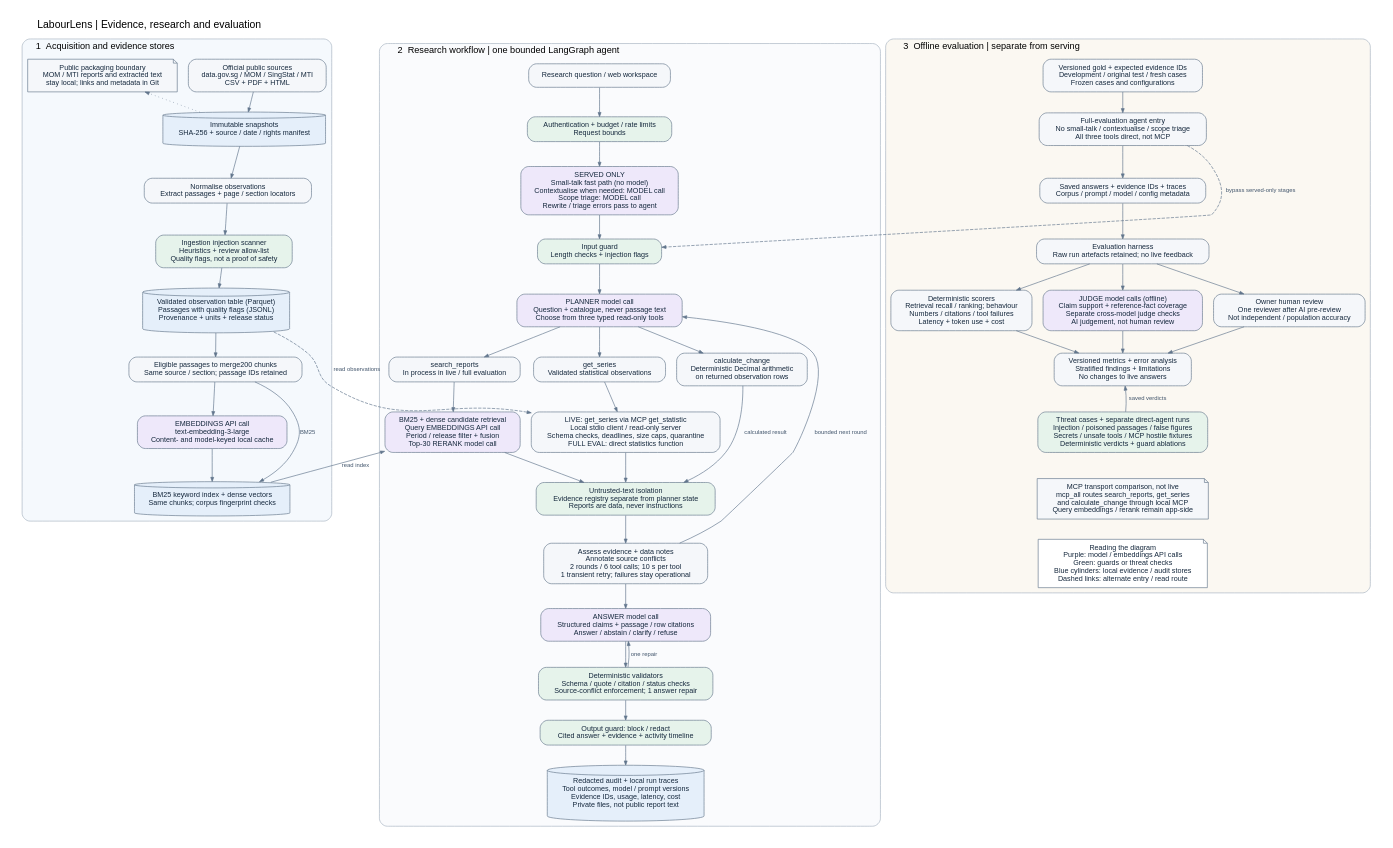
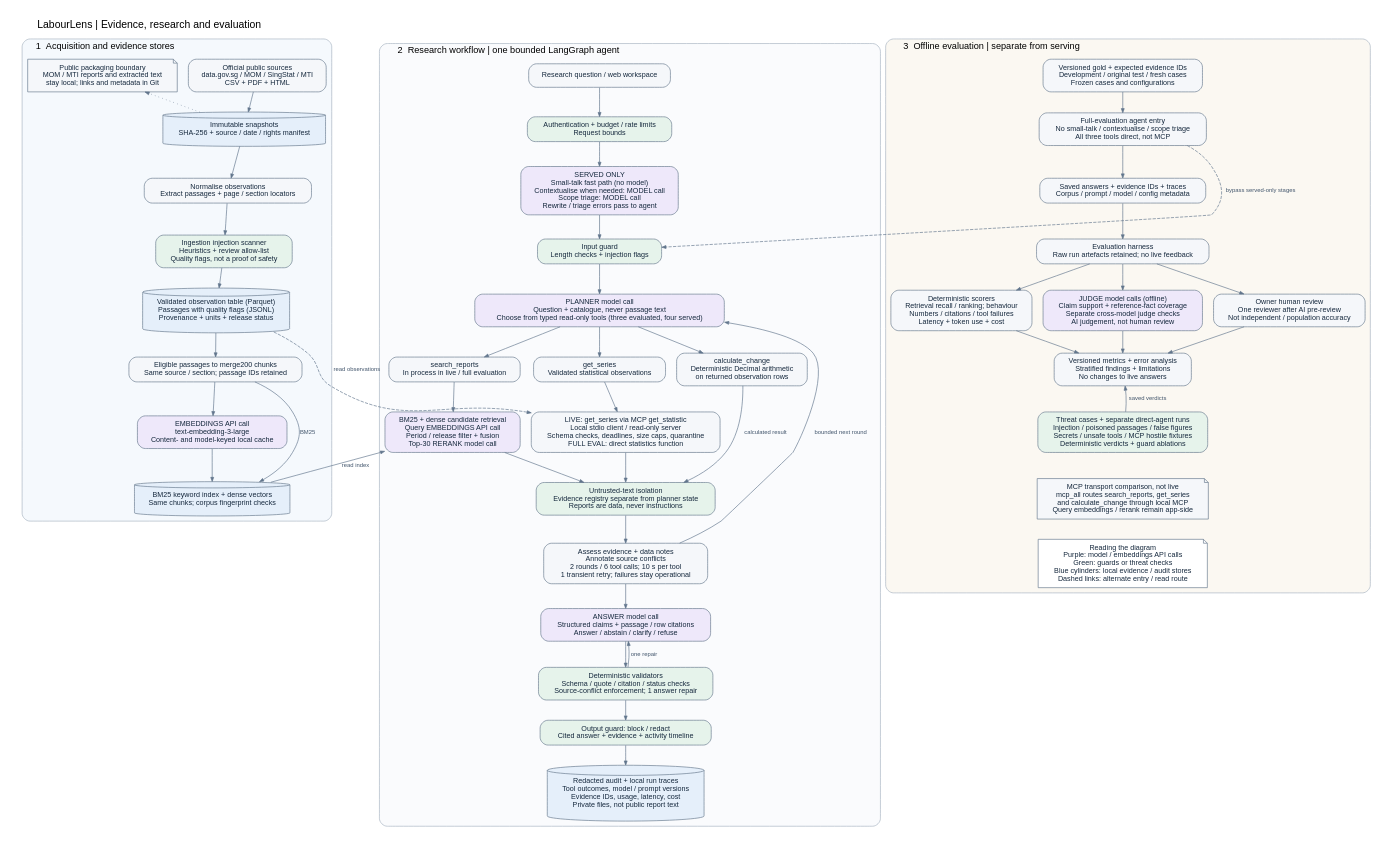
One commit to mihirkhandekar/labourlens changed the diagram in docs/img/architecture.dot. Above: the diagram before and after it, drawn with Graphviz. The commit also changed 17 other files, not shown here.

Commit message:
Process slide, failure slide to appendix, simplified innovation page, README reorder, architecture and data sheet corrections

```diff
--- a/docs/img/architecture.dot
+++ b/docs/img/architecture.dot
@@ -1,86 +1,86 @@
 // Source of architecture.svg and architecture.png; complements the Mermaid overview in docs/architecture.md.
 // Render: dot -Tsvg docs/img/architecture.dot -o docs/img/architecture.svg
 // Rasterise: rsvg-convert docs/img/architecture.svg -o docs/img/architecture.png
  digraph labourlens {
   rankdir=TB; compound=true; newrank=true; nodesep=0.24; ranksep=0.42;
   graph [fontname="Helvetica", fontsize=16, label="LabourLens | Evidence, research and evaluation", labelloc=t,
          labeljust=l, style="rounded", color="#a7b3c1", bgcolor="white", pad=0.25];
   node [fontname="Helvetica", fontsize=11, shape=box, style="rounded,filled", margin="0.13,0.10",
         fillcolor="#f5f7fa", color="#66788c", fontcolor="#15283d"];
   edge [fontname="Helvetica", fontsize=9, color="#61758c", fontcolor="#40546b", arrowsize=0.65];
 
   subgraph cluster_data {
     label="1  Acquisition and evidence stores"; fontsize=14; bgcolor="#f5f9fd";
     SOURCE [label="Official public sources\ndata.gov.sg / MOM / SingStat / MTI\nCSV + PDF + HTML"];
     SNAP [label="Immutable snapshots\nSHA-256 + source / date / rights manifest", shape=cylinder, fillcolor="#e5effa"];
     PARSE [label="Normalise observations\nExtract passages + page / section locators"];
     SCAN [label="Ingestion injection scanner\nHeuristics + review allow-list\nQuality flags, not a proof of safety", fillcolor="#e6f3eb"];
     STORE [label="Validated observation table (Parquet)\nPassages with quality flags (JSONL)\nProvenance + units + release status", shape=cylinder, fillcolor="#e5effa"];
     CHUNK [label="Eligible passages to merge200 chunks\nSame source / section; passage IDs retained"];
     EMBED [label="EMBEDDINGS API call\ntext-embedding-3-large\nContent- and model-keyed local cache", fillcolor="#eee8fa"];
     INDEX [label="BM25 keyword index + dense vectors\nSame chunks; corpus fingerprint checks", shape=cylinder, fillcolor="#e5effa"];
     RIGHTS [label="Public packaging boundary\nMOM / MTI reports and extracted text\nstay local; links and metadata in Git", shape=note];
     SOURCE -> SNAP -> PARSE -> SCAN -> STORE -> CHUNK;
     CHUNK -> EMBED -> INDEX;
     CHUNK -> INDEX [label="BM25", constraint=false];
     SNAP -> RIGHTS [style=dotted, constraint=false];
   }
 
   subgraph cluster_runtime {
     label="2  Research workflow | one bounded LangGraph agent"; fontsize=14; bgcolor="#fafbfd";
     USER [label="Research question / web workspace"];
     ADMIT [label="Authentication + budget / rate limits\nRequest bounds", fillcolor="#e6f3eb"];
     WEBONLY [label="SERVED ONLY\nSmall-talk fast path (no model)\nContextualise when needed: MODEL call\nScope triage: MODEL call\nRewrite / triage errors pass to agent", fillcolor="#eee8fa"];
     INPUT [label="Input guard\nLength checks + injection flags", fillcolor="#e6f3eb"];
-    PLAN [label="PLANNER model call\nQuestion + catalogue, never passage text\nChoose from three typed read-only tools", fillcolor="#eee8fa"];
+    PLAN [label="PLANNER model call\nQuestion + catalogue, never passage text\nChoose from typed read-only tools (three evaluated, four served)", fillcolor="#eee8fa"];
     SEARCH [label="search_reports\nIn process in live / full evaluation"];
     SERIES [label="get_series\nValidated statistical observations"];
     CALC [label="calculate_change\nDeterministic Decimal arithmetic\non returned observation rows"];
     RETR [label="BM25 + dense candidate retrieval\nQuery EMBEDDINGS API call\nPeriod / release filter + fusion\nTop-30 RERANK model call", fillcolor="#eee8fa"];
     MCP [label="LIVE: get_series via MCP get_statistic\nLocal stdio client / read-only server\nSchema checks, deadlines, size caps, quarantine\nFULL EVAL: direct statistics function"];
     ISOLATE [label="Untrusted-text isolation\nEvidence registry separate from planner state\nReports are data, never instructions", fillcolor="#e6f3eb"];
     ASSESS [label="Assess evidence + data notes\nAnnotate source conflicts\n2 rounds / 6 tool calls; 10 s per tool\n1 transient retry; failures stay operational"];
     ANSWER [label="ANSWER model call\nStructured claims + passage / row citations\nAnswer / abstain / clarify / refuse", fillcolor="#eee8fa"];
     VALID [label="Deterministic validators\nSchema / quote / citation / status checks\nSource-conflict enforcement; 1 answer repair", fillcolor="#e6f3eb"];
     OUT [label="Output guard: block / redact\nCited answer + evidence + activity timeline", fillcolor="#e6f3eb"];
     AUDIT [label="Redacted audit + local run traces\nTool outcomes, model / prompt versions\nEvidence IDs, usage, latency, cost\nPrivate files, not public report text", shape=cylinder, fillcolor="#e5effa"];
     USER -> ADMIT -> WEBONLY -> INPUT -> PLAN;
     PLAN -> SEARCH; PLAN -> SERIES; PLAN -> CALC;
     {rank=same; SEARCH; SERIES; CALC;}
     SEARCH -> RETR -> ISOLATE;
     SERIES -> MCP -> ISOLATE;
     CALC -> ISOLATE [label="calculated result"];
     ISOLATE -> ASSESS -> ANSWER -> VALID -> OUT -> AUDIT;
     ASSESS -> PLAN [label="bounded next round", constraint=false];
     VALID -> ANSWER [label="one repair", constraint=false];
   }
 
   subgraph cluster_eval {
     label="3  Offline evaluation | separate from serving"; fontsize=14; bgcolor="#fbf8f2";
     GOLD [label="Versioned gold + expected evidence IDs\nDevelopment / original test / fresh cases\nFrozen cases and configurations"];
     ENTRY [label="Full-evaluation agent entry\nNo small-talk / contextualise / scope triage\nAll three tools direct, not MCP"];
     RUNS [label="Saved answers + evidence IDs + traces\nCorpus / prompt / model / config metadata"];
     HARNESS [label="Evaluation harness\nRaw run artefacts retained; no live feedback"];
     SCORERS [label="Deterministic scorers\nRetrieval recall / ranking; behaviour\nNumbers / citations / tool failures\nLatency + token use + cost"];
     JUDGE [label="JUDGE model calls (offline)\nClaim support + reference-fact coverage\nSeparate cross-model judge checks\nAI judgement, not human review", fillcolor="#eee8fa"];
     HUMAN [label="Owner human review\nOne reviewer after AI pre-review\nNot independent / population accuracy"];
     THREAT [label="Threat cases + separate direct-agent runs\nInjection / poisoned passages / false figures\nSecrets / unsafe tools / MCP hostile fixtures\nDeterministic verdicts + guard ablations", fillcolor="#e6f3eb"];
     REPORT [label="Versioned metrics + error analysis\nStratified findings + limitations\nNo changes to live answers"];
     TRANSPORT [label="MCP transport comparison, not live\nmcp_all routes search_reports, get_series\nand calculate_change through local MCP\nQuery embeddings / rerank remain app-side", shape=note];
     LEGEND [label="Reading the diagram\nPurple: model / embeddings API calls\nGreen: guards or threat checks\nBlue cylinders: local evidence / audit stores\nDashed links: alternate entry / read route", shape=note, fillcolor="white"];
     GOLD -> ENTRY -> RUNS -> HARNESS;
     HARNESS -> SCORERS -> REPORT;
     HARNESS -> JUDGE -> REPORT;
     HARNESS -> HUMAN -> REPORT;
     {rank=same; SCORERS; JUDGE; HUMAN;}
     THREAT -> REPORT [label="saved verdicts", constraint=false];
     REPORT -> THREAT [style=invis];
     THREAT -> TRANSPORT [style=invis];
     TRANSPORT -> LEGEND [style=invis];
   }
 
   {rank=same; SOURCE; USER; GOLD;}
   INDEX -> RETR [label="read index", constraint=false];
   STORE -> MCP [label="read observations", style=dashed, constraint=false];
   ENTRY -> INPUT [label="bypass served-only stages", style=dashed, constraint=false];
  }
```
